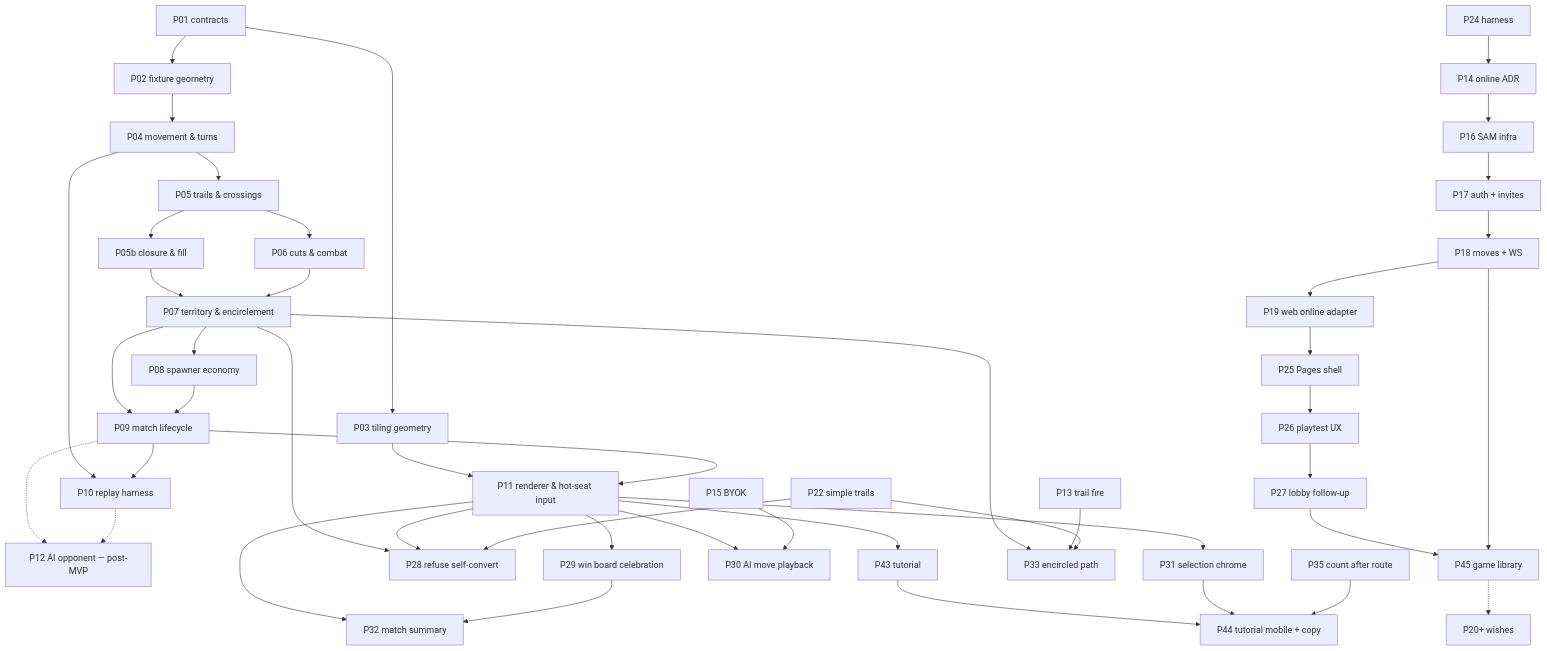
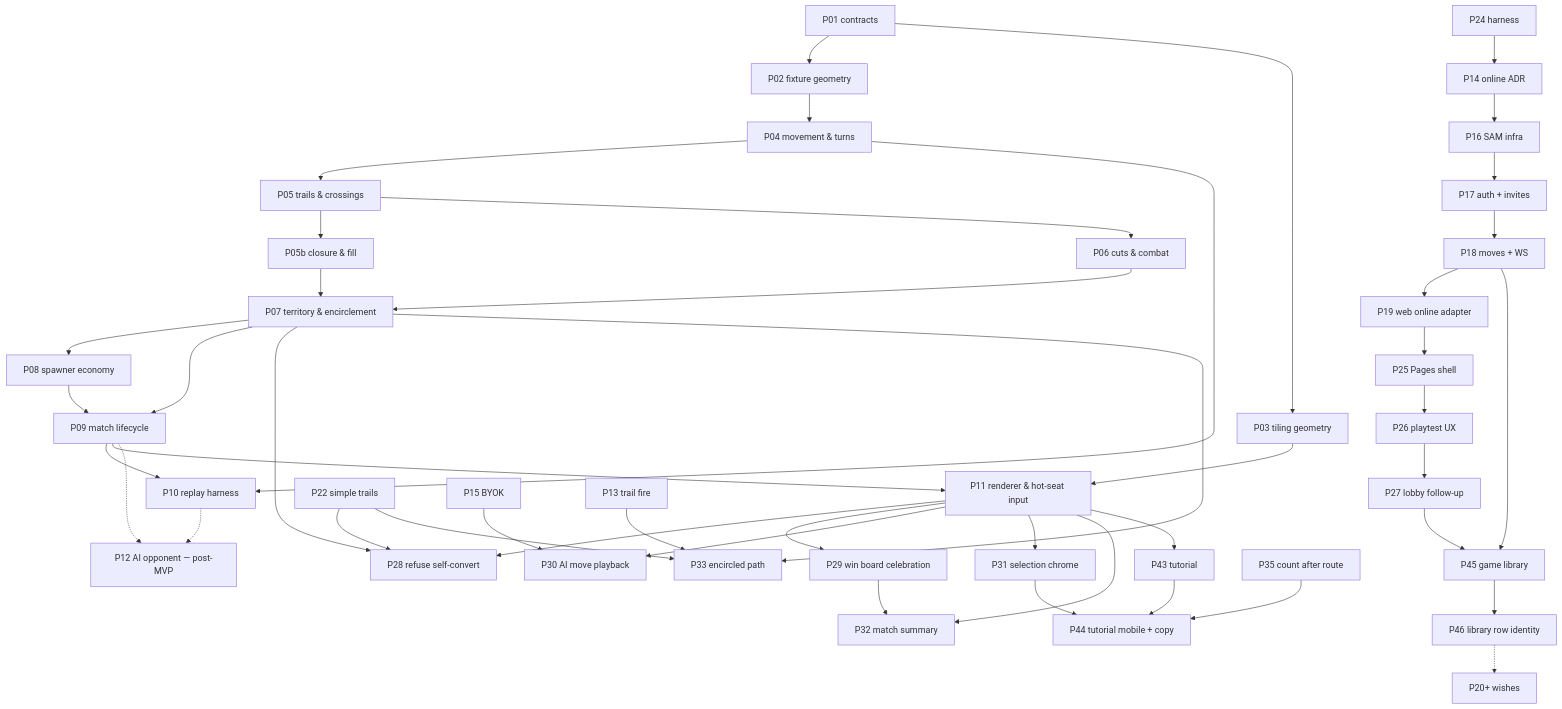
One commit to hochgi/conquarrow changed the diagram in docs/design/02-work-packets.md. Above: the diagram before and after it, drawn with Mermaid. The commit also changed other lines of this file and 35 other files, not shown here.

````diff
--- a/docs/design/02-work-packets.md
+++ b/docs/design/02-work-packets.md
@@ -81,47 +82,48 @@
 ```mermaid
 flowchart TD
   P01["P01 contracts"] --> P02["P02 fixture geometry"]
   P01 --> P03["P03 tiling geometry"]
   P02 --> P04["P04 movement & turns"]
   P04 --> P05["P05 trails & crossings"]
   P05 --> P05B["P05b closure & fill"]
   P05 --> P06["P06 cuts & combat"]
   P05B --> P07["P07 territory & encirclement"]
   P06 --> P07
   P07 --> P08["P08 spawner economy"]
   P07 --> P09["P09 match lifecycle"]
   P08 --> P09
   P04 --> P10["P10 replay harness"]
   P09 --> P10
   P03 --> P11["P11 renderer & hot-seat input"]
   P09 --> P11
   P09 -.-> P12["P12 AI opponent — post-MVP"]
   P10 -.-> P12
   P24["P24 harness"] --> P14["P14 online ADR"]
   P14 --> P16["P16 SAM infra"]
   P16 --> P17["P17 auth + invites"]
   P17 --> P18["P18 moves + WS"]
   P18 --> P19["P19 web online adapter"]
   P19 --> P25["P25 Pages shell"]
   P25 --> P26["P26 playtest UX"]
   P26 --> P27["P27 lobby follow-up"]
   P27 --> P45["P45 game library"]
   P18 --> P45
-  P45 -.-> P20["P20+ wishes"]
+  P45 --> P46["P46 library row identity"]
+  P46 -.-> P20["P20+ wishes"]
   P07 --> P28["P28 refuse self-convert"]
   P11 --> P28
   P22["P22 simple trails"] --> P28
   P11 --> P29["P29 win board celebration"]
   P11 --> P30["P30 AI move playback"]
   P15["P15 BYOK"] --> P30
   P11 --> P31["P31 selection chrome"]
   P11 --> P32["P32 match summary"]
   P29 --> P32
   P07 --> P33["P33 encircled path"]
   P13["P13 trail fire"] --> P33
   P22 --> P33
   P11 --> P43["P43 tutorial"]
   P43 --> P44["P44 tutorial mobile + copy"]
   P31 --> P44
   P35["P35 count after route"] --> P44
 ```
````
